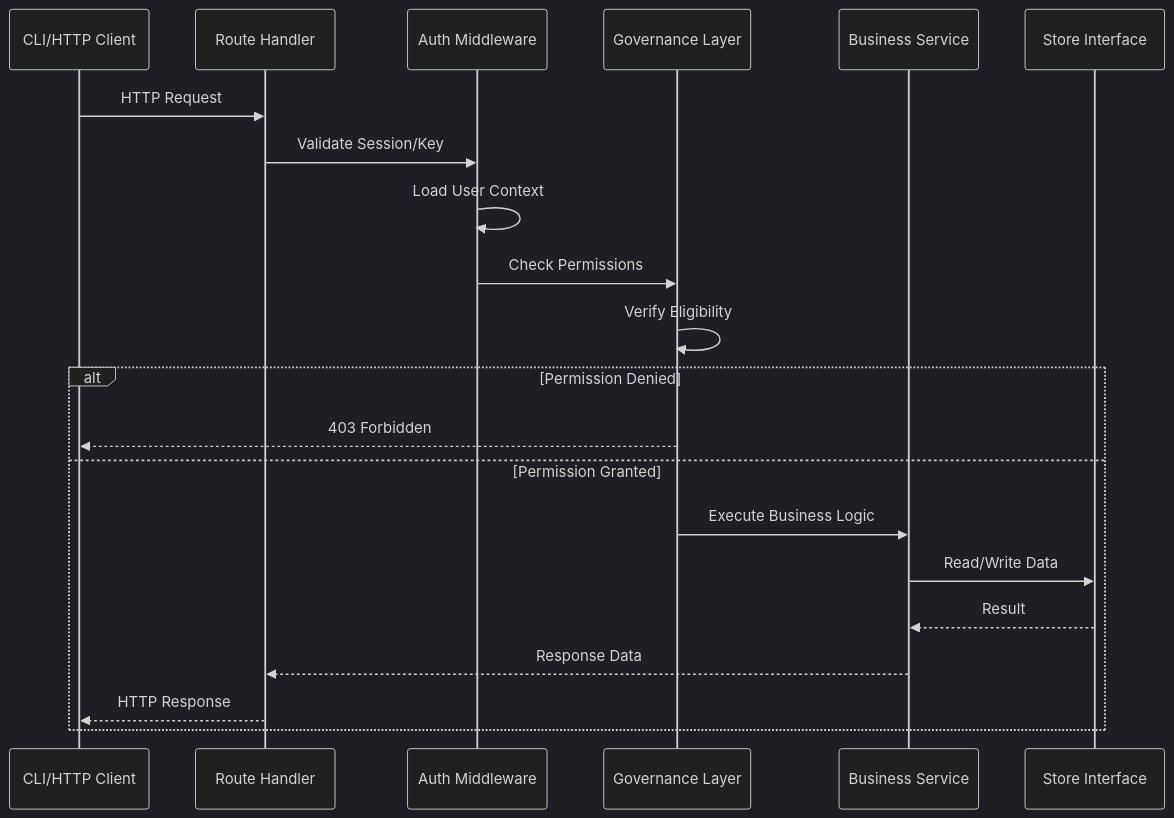
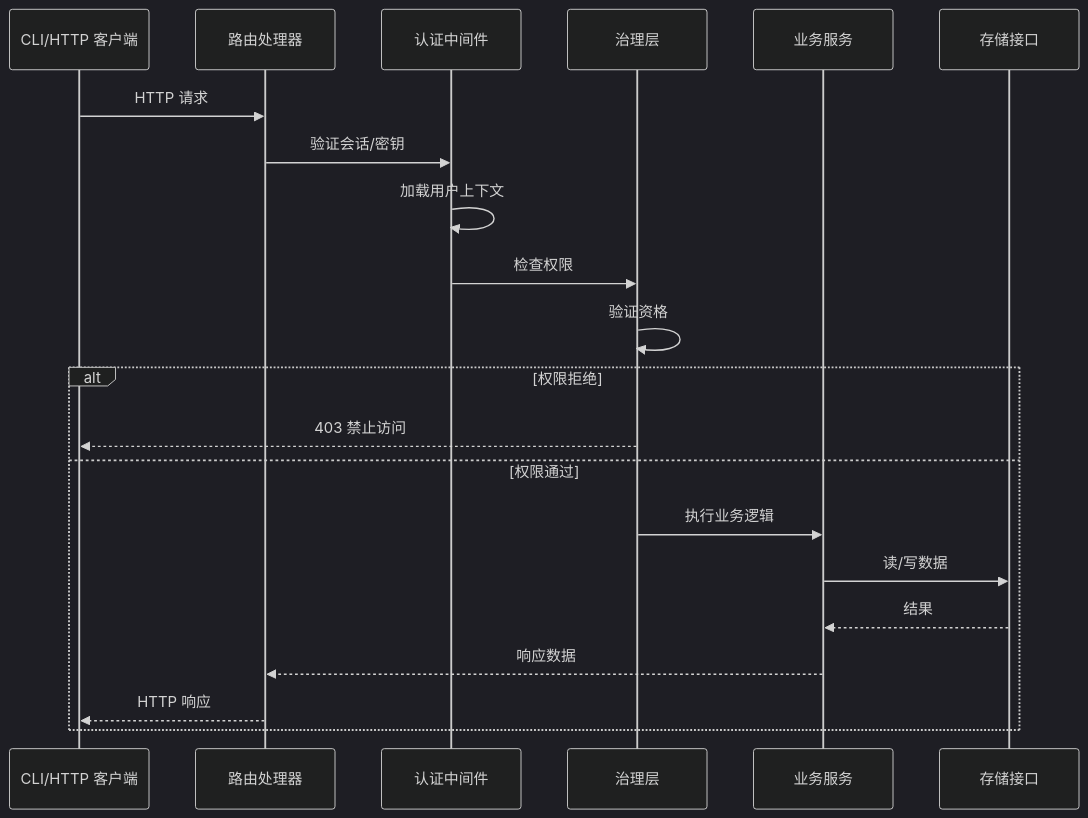
One commit to pofossette/TrapMap-for-vibing changed the second of 9 diagrams in docs/architecture/ARCHITECTURE.md. Above: the diagram before and after it, drawn with Mermaid (dark theme). The commit also changed other lines of this file and 31 other files, not shown here.

````diff
--- a/docs/architecture/ARCHITECTURE.md
+++ b/docs/architecture/ARCHITECTURE.md
@@ -42,25 +42,25 @@
 ```mermaid
 sequenceDiagram
-    participant Client as CLI/HTTP Client
-    participant Route as Route Handler
-    participant Auth as Auth Middleware
-    participant Gov as Governance Layer
-    participant Service as Business Service
-    participant Store as Store Interface
+    participant 客户端 as CLI/HTTP 客户端
+    participant 路由 as 路由处理器
+    participant 认证 as 认证中间件
+    participant 治理 as 治理层
+    participant 服务 as 业务服务
+    participant 存储 as 存储接口
 
-    Client->>Route: HTTP Request
-    Route->>Auth: Validate Session/Key
-    Auth->>Auth: Load User Context
-    Auth->>Gov: Check Permissions
-    Gov->>Gov: Verify Eligibility
+    客户端->>路由: HTTP 请求
+    路由->>认证: 验证会话/密钥
+    认证->>认证: 加载用户上下文
+    认证->>治理: 检查权限
+    治理->>治理: 验证资格
 
-    alt Permission Denied
-        Gov-->>Client: 403 Forbidden
-    else Permission Granted
-        Gov->>Service: Execute Business Logic
-        Service->>Store: Read/Write Data
-        Store-->>Service: Result
-        Service-->>Route: Response Data
-        Route-->>Client: HTTP Response
+    alt 权限拒绝
+        治理-->>客户端: 403 禁止访问
+    else 权限通过
+        治理->>服务: 执行业务逻辑
+        服务->>存储: 读/写数据
+        存储-->>服务: 结果
+        服务-->>路由: 响应数据
+        路由-->>客户端: HTTP 响应
     end
 ```
````
